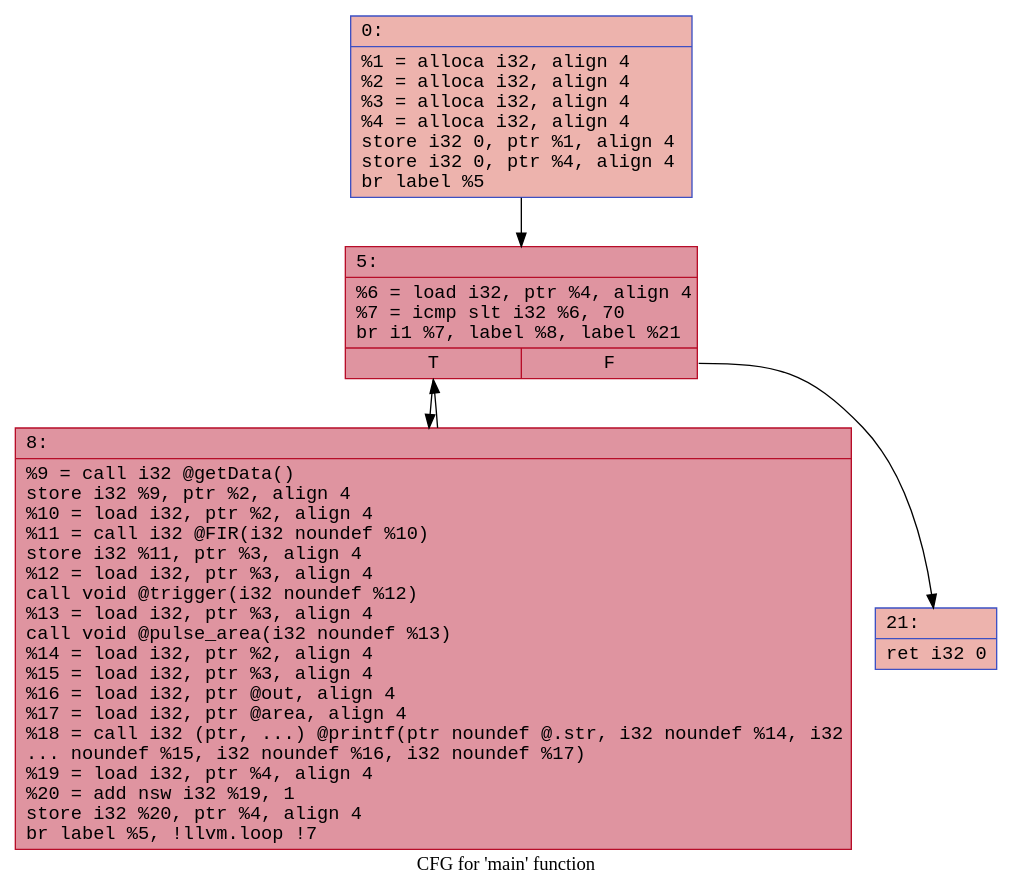
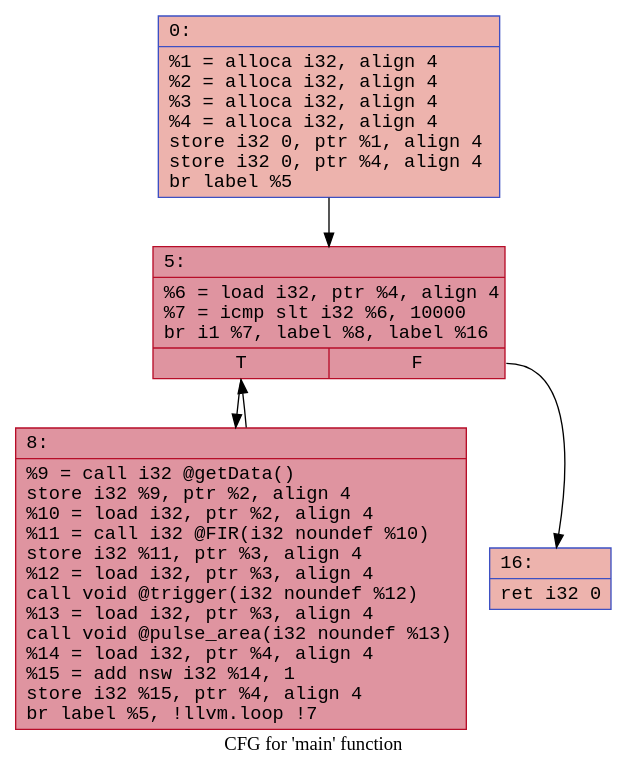
The diagram in CodeCDataFlow/dot_files/.main.dot (JulessD/SETI-project-2025), drawn with Graphviz before and after one commit. The commit also changed 19 other files, not shown here.

```diff
--- a/CodeCDataFlow/dot_files/.main.dot
+++ b/CodeCDataFlow/dot_files/.main.dot
@@ -1,12 +1,12 @@
 digraph "CFG for 'main' function" {
 	label="CFG for 'main' function";
 
-	Node0x55799bf661d0 [shape=record,color="#3d50c3ff", style=filled, fillcolor="#d6524470" fontname="Courier",label="{0:\l|  %1 = alloca i32, align 4\l  %2 = alloca i32, align 4\l  %3 = alloca i32, align 4\l  %4 = alloca i32, align 4\l  store i32 0, ptr %1, align 4\l  store i32 0, ptr %4, align 4\l  br label %5\l}"];
-	Node0x55799bf661d0 -> Node0x55799bf66570[tooltip="0 -> 5\nProbability 100.00%" ];
-	Node0x55799bf66570 [shape=record,color="#b70d28ff", style=filled, fillcolor="#b70d2870" fontname="Courier",label="{5:\l|  %6 = load i32, ptr %4, align 4\l  %7 = icmp slt i32 %6, 70\l  br i1 %7, label %8, label %21\l|{<s0>T|<s1>F}}"];
-	Node0x55799bf66570:s0 -> Node0x55799bf66750[tooltip="5 -> 8\nProbability 96.88%" ];
-	Node0x55799bf66570:s1 -> Node0x55799bf667b0[tooltip="5 -> 21\nProbability 3.12%" ];
-	Node0x55799bf66750 [shape=record,color="#b70d28ff", style=filled, fillcolor="#b70d2870" fontname="Courier",label="{8:\l|  %9 = call i32 @getData()\l  store i32 %9, ptr %2, align 4\l  %10 = load i32, ptr %2, align 4\l  %11 = call i32 @FIR(i32 noundef %10)\l  store i32 %11, ptr %3, align 4\l  %12 = load i32, ptr %3, align 4\l  call void @trigger(i32 noundef %12)\l  %13 = load i32, ptr %3, align 4\l  call void @pulse_area(i32 noundef %13)\l  %14 = load i32, ptr %2, align 4\l  %15 = load i32, ptr %3, align 4\l  %16 = load i32, ptr @out, align 4\l  %17 = load i32, ptr @area, align 4\l  %18 = call i32 (ptr, ...) @printf(ptr noundef @.str, i32 noundef %14, i32\l... noundef %15, i32 noundef %16, i32 noundef %17)\l  %19 = load i32, ptr %4, align 4\l  %20 = add nsw i32 %19, 1\l  store i32 %20, ptr %4, align 4\l  br label %5, !llvm.loop !7\l}"];
-	Node0x55799bf66750 -> Node0x55799bf66570[tooltip="8 -> 5\nProbability 100.00%" ];
-	Node0x55799bf667b0 [shape=record,color="#3d50c3ff", style=filled, fillcolor="#d6524470" fontname="Courier",label="{21:\l|  ret i32 0\l}"];
+	Node0x56466dac2890 [shape=record,color="#3d50c3ff", style=filled, fillcolor="#d6524470" fontname="Courier",label="{0:\l|  %1 = alloca i32, align 4\l  %2 = alloca i32, align 4\l  %3 = alloca i32, align 4\l  %4 = alloca i32, align 4\l  store i32 0, ptr %1, align 4\l  store i32 0, ptr %4, align 4\l  br label %5\l}"];
+	Node0x56466dac2890 -> Node0x56466dac2c30[tooltip="0 -> 5\nProbability 100.00%" ];
+	Node0x56466dac2c30 [shape=record,color="#b70d28ff", style=filled, fillcolor="#b70d2870" fontname="Courier",label="{5:\l|  %6 = load i32, ptr %4, align 4\l  %7 = icmp slt i32 %6, 10000\l  br i1 %7, label %8, label %16\l|{<s0>T|<s1>F}}"];
+	Node0x56466dac2c30:s0 -> Node0x56466dac2e10[tooltip="5 -> 8\nProbability 96.88%" ];
+	Node0x56466dac2c30:s1 -> Node0x56466dac2e70[tooltip="5 -> 16\nProbability 3.12%" ];
+	Node0x56466dac2e10 [shape=record,color="#b70d28ff", style=filled, fillcolor="#b70d2870" fontname="Courier",label="{8:\l|  %9 = call i32 @getData()\l  store i32 %9, ptr %2, align 4\l  %10 = load i32, ptr %2, align 4\l  %11 = call i32 @FIR(i32 noundef %10)\l  store i32 %11, ptr %3, align 4\l  %12 = load i32, ptr %3, align 4\l  call void @trigger(i32 noundef %12)\l  %13 = load i32, ptr %3, align 4\l  call void @pulse_area(i32 noundef %13)\l  %14 = load i32, ptr %4, align 4\l  %15 = add nsw i32 %14, 1\l  store i32 %15, ptr %4, align 4\l  br label %5, !llvm.loop !7\l}"];
+	Node0x56466dac2e10 -> Node0x56466dac2c30[tooltip="8 -> 5\nProbability 100.00%" ];
+	Node0x56466dac2e70 [shape=record,color="#3d50c3ff", style=filled, fillcolor="#d6524470" fontname="Courier",label="{16:\l|  ret i32 0\l}"];
 }
```
